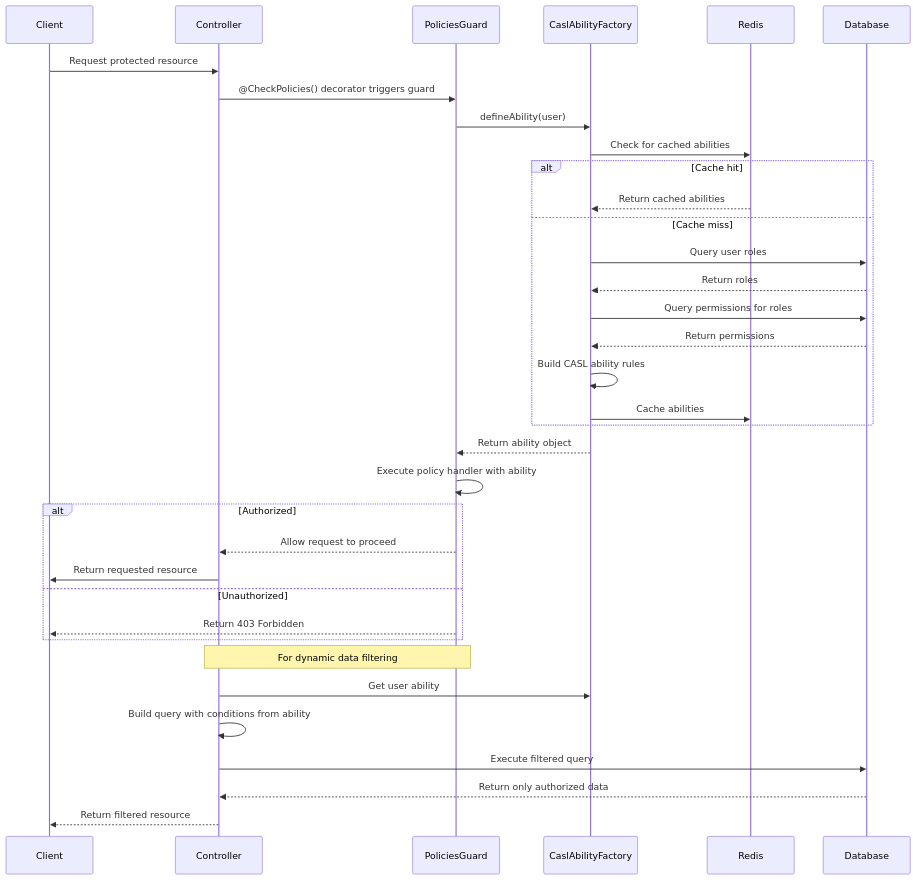
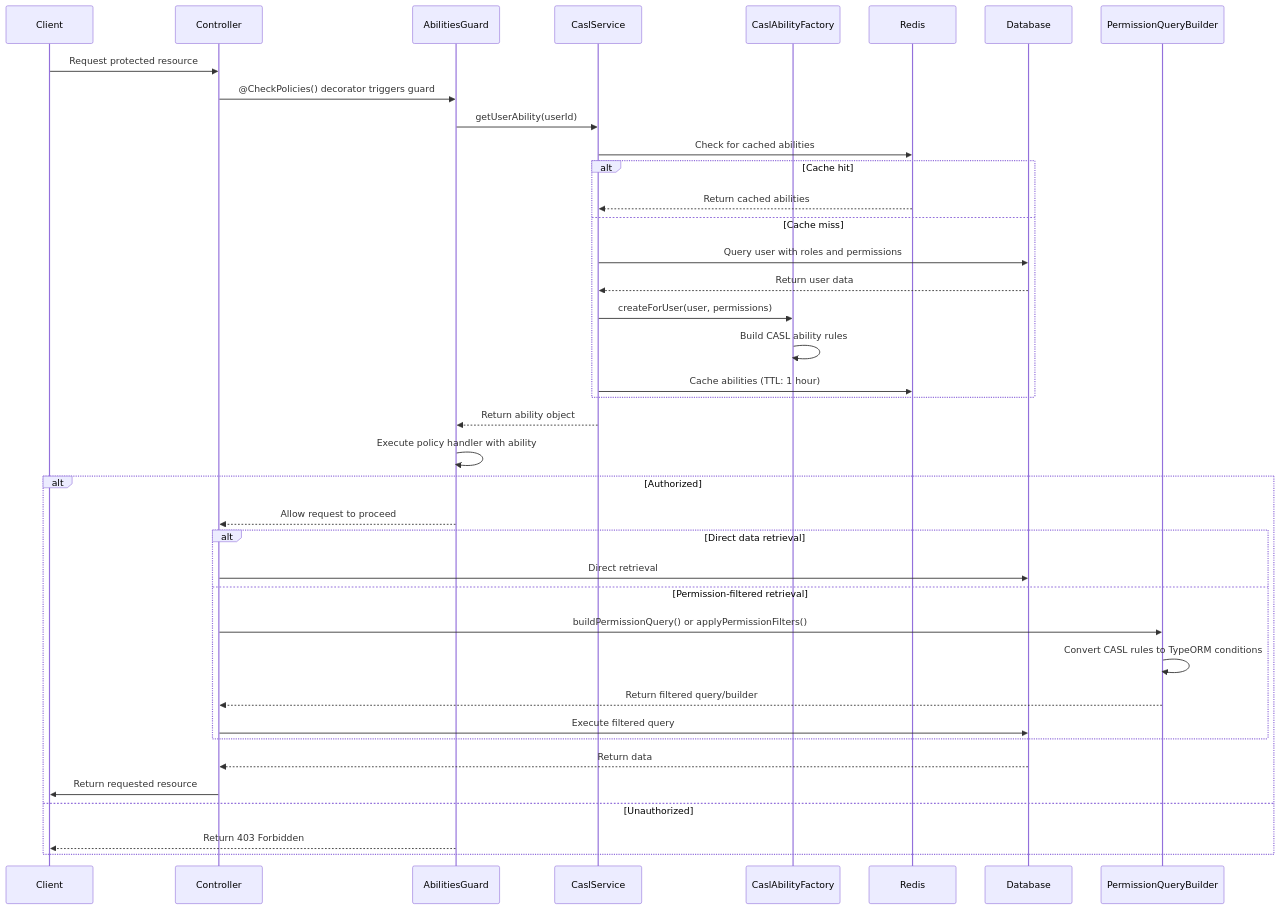
The second of 2 diagrams in api/docs/CASL.md (nakhaeizadeh2000/accounting-dashboard), drawn with Mermaid before and after one commit. The commit also changed other lines of this file and 14 other files, not shown here.

````diff
--- a/api/docs/CASL.md
+++ b/api/docs/CASL.md
@@ -69,43 +92,48 @@
 ```mermaid
 sequenceDiagram
     participant Client
     participant Controller
-    participant PoliciesGuard
+    participant AbilitiesGuard
+    participant CaslService
     participant CaslAbilityFactory
     participant Redis
     participant Database
-    
+    participant PermissionQueryBuilder
+
     Client->>Controller: Request protected resource
-    Controller->>PoliciesGuard: @CheckPolicies() decorator triggers guard
-    
-    PoliciesGuard->>CaslAbilityFactory: defineAbility(user)
-    
-    CaslAbilityFactory->>Redis: Check for cached abilities
+    Controller->>AbilitiesGuard: @CheckPolicies() decorator triggers guard
+
+    AbilitiesGuard->>CaslService: getUserAbility(userId)
+    CaslService->>Redis: Check for cached abilities
+
     alt Cache hit
-        Redis-->>CaslAbilityFactory: Return cached abilities
+        Redis-->>CaslService: Return cached abilities
     else Cache miss
-        CaslAbilityFactory->>Database: Query user roles
-        Database-->>CaslAbilityFactory: Return roles
-        CaslAbilityFactory->>Database: Query permissions for roles
-        Database-->>CaslAbilityFactory: Return permissions
+        CaslService->>Database: Query user with roles and permissions
+        Database-->>CaslService: Return user data
+        CaslService->>CaslAbilityFactory: createForUser(user, permissions)
         CaslAbilityFactory->>CaslAbilityFactory: Build CASL ability rules
-        CaslAbilityFactory->>Redis: Cache abilities
+        CaslService->>Redis: Cache abilities (TTL: 1 hour)
     end
-    
-    CaslAbilityFactory-->>PoliciesGuard: Return ability object
-    
-    PoliciesGuard->>PoliciesGuard: Execute policy handler with ability
+
+    CaslService-->>AbilitiesGuard: Return ability object
+    AbilitiesGuard->>AbilitiesGuard: Execute policy handler with ability
+
     alt Authorized
-        PoliciesGuard-->>Controller: Allow request to proceed
+        AbilitiesGuard-->>Controller: Allow request to proceed
+
+        alt Direct data retrieval
+            Controller->>Database: Direct retrieval
+        else Permission-filtered retrieval
+            Controller->>PermissionQueryBuilder: buildPermissionQuery() or applyPermissionFilters()
+            PermissionQueryBuilder->>PermissionQueryBuilder: Convert CASL rules to TypeORM conditions
+            PermissionQueryBuilder-->>Controller: Return filtered query/builder
+            Controller->>Database: Execute filtered query
+        end
+
+        Database-->>Controller: Return data
         Controller->>Client: Return requested resource
     else Unauthorized
-        PoliciesGuard-->>Client: Return 403 Forbidden
+        AbilitiesGuard-->>Client: Return 403 Forbidden
     end
-    
-    note over Controller,PoliciesGuard: For dynamic data filtering
-    Controller->>CaslAbilityFactory: Get user ability
-    Controller->>Controller: Build query with conditions from ability
-    Controller->>Database: Execute filtered query
-    Database-->>Controller: Return only authorized data
-    Controller-->>Client: Return filtered resource
 ```
````
